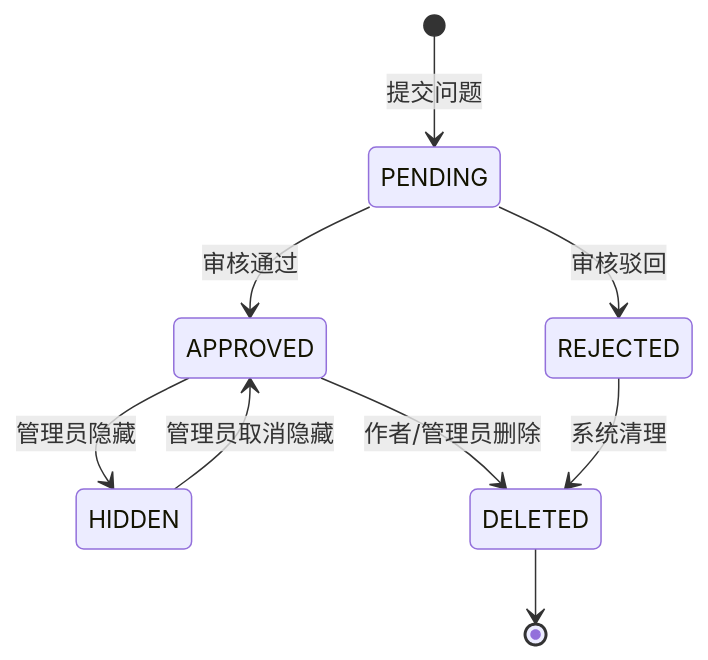
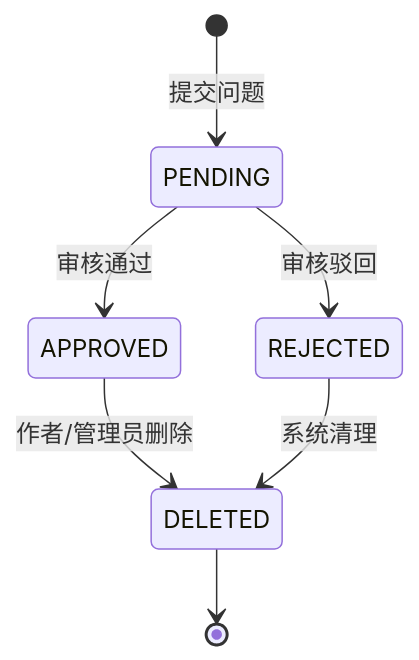
The third of 3 diagrams in requirement/modules/05.02-圈子首页.md (PM-Billy/engineer-online), drawn with Mermaid before and after one commit. The commit also changed other lines of this file and 7 other files, not shown here.

````diff
--- a/requirement/modules/05.02-圈子首页.md
+++ b/requirement/modules/05.02-圈子首页.md
@@ -179,11 +179,9 @@
 ```mermaid
 stateDiagram-v2
     [*] --> PENDING : 提交问题
     PENDING --> APPROVED : 审核通过
     PENDING --> REJECTED : 审核驳回
-    APPROVED --> HIDDEN : 管理员隐藏
-    HIDDEN --> APPROVED : 管理员取消隐藏
     APPROVED --> DELETED : 作者/管理员删除
     REJECTED --> DELETED : 系统清理
     DELETED --> [*]
 ```
````
